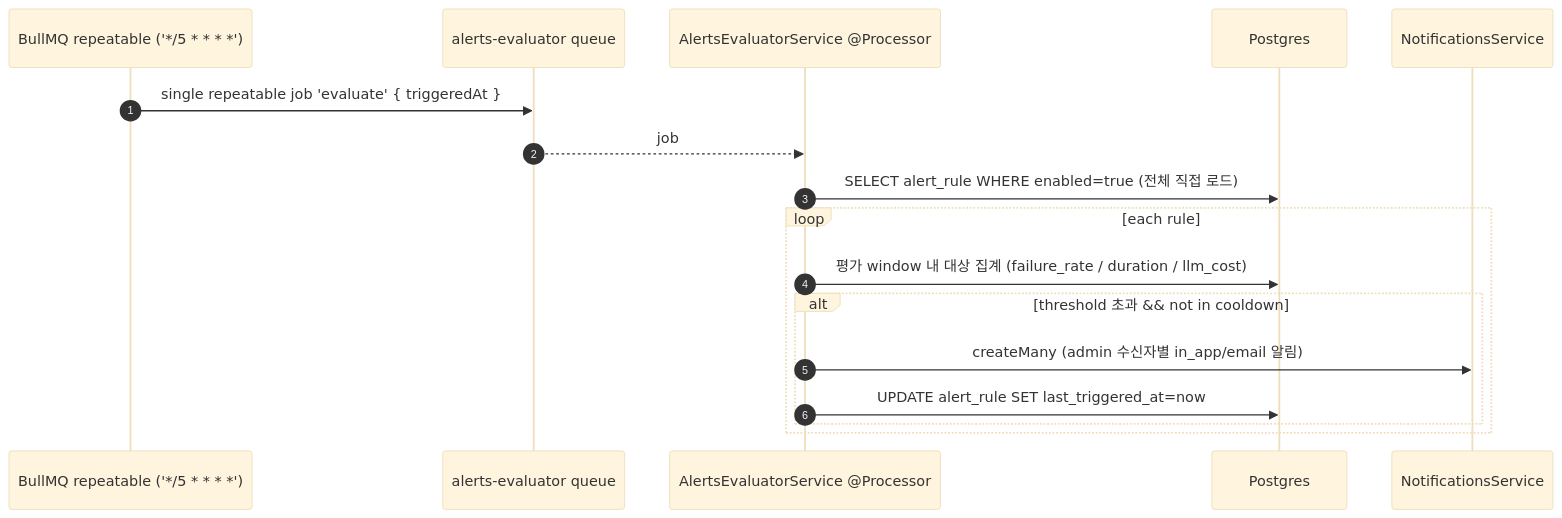
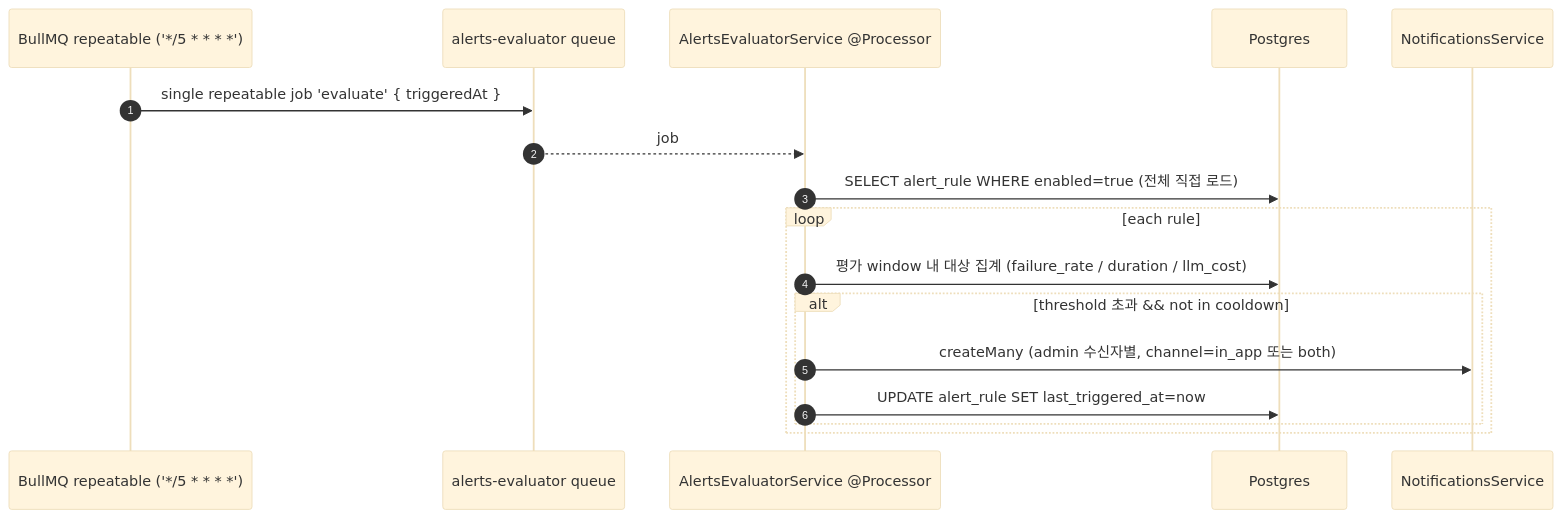
One commit to worker-ants/clemvion changed the third of 4 diagrams in spec/data-flow/9-observability.md. Above: the diagram before and after it, drawn with Mermaid (base theme). The commit also changed other lines of this file and 89 other files, not shown here.

First line of the commit message:
docs(spec): spec↔code 전수 상호 감사 — 역방향 커버리지 + drift 동기화 + data-flow 재구성 (위반 19건 보고) (#516)

````diff
--- a/spec/data-flow/9-observability.md
+++ b/spec/data-flow/9-observability.md
@@ -69,20 +73,20 @@
 ```mermaid
 sequenceDiagram
   autonumber
   participant Sched as BullMQ repeatable ('*/5 * * * *')
   participant Q as alerts-evaluator queue
   participant Eval as AlertsEvaluatorService @Processor
   participant PG as Postgres
   participant Noti as NotificationsService
 
   Sched->>Q: single repeatable job 'evaluate' { triggeredAt }
   Q-->>Eval: job
   Eval->>PG: SELECT alert_rule WHERE enabled=true (전체 직접 로드)
   loop each rule
     Eval->>PG: 평가 window 내 대상 집계 (failure_rate / duration / llm_cost)
     alt threshold 초과 && not in cooldown
-      Eval->>Noti: createMany (admin 수신자별 in_app/email 알림)
+      Eval->>Noti: createMany (admin 수신자별, channel=in_app 또는 both)
       Eval->>PG: UPDATE alert_rule SET last_triggered_at=now
     end
   end
 ```
````
